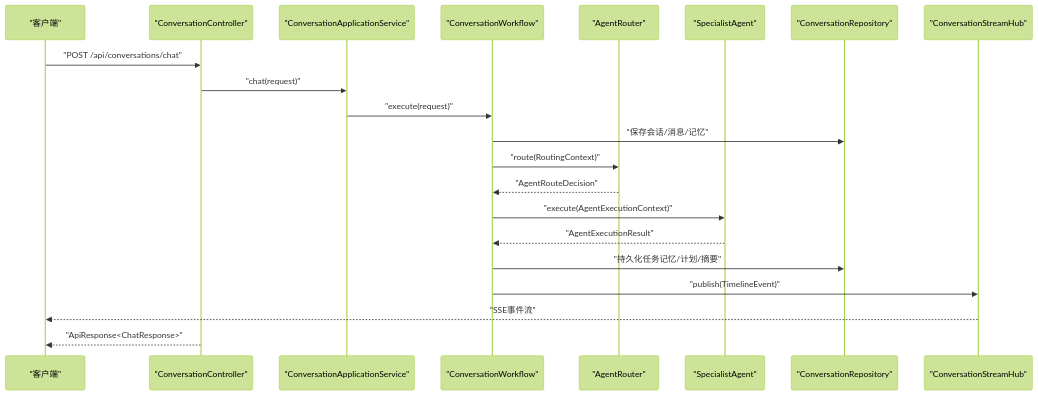
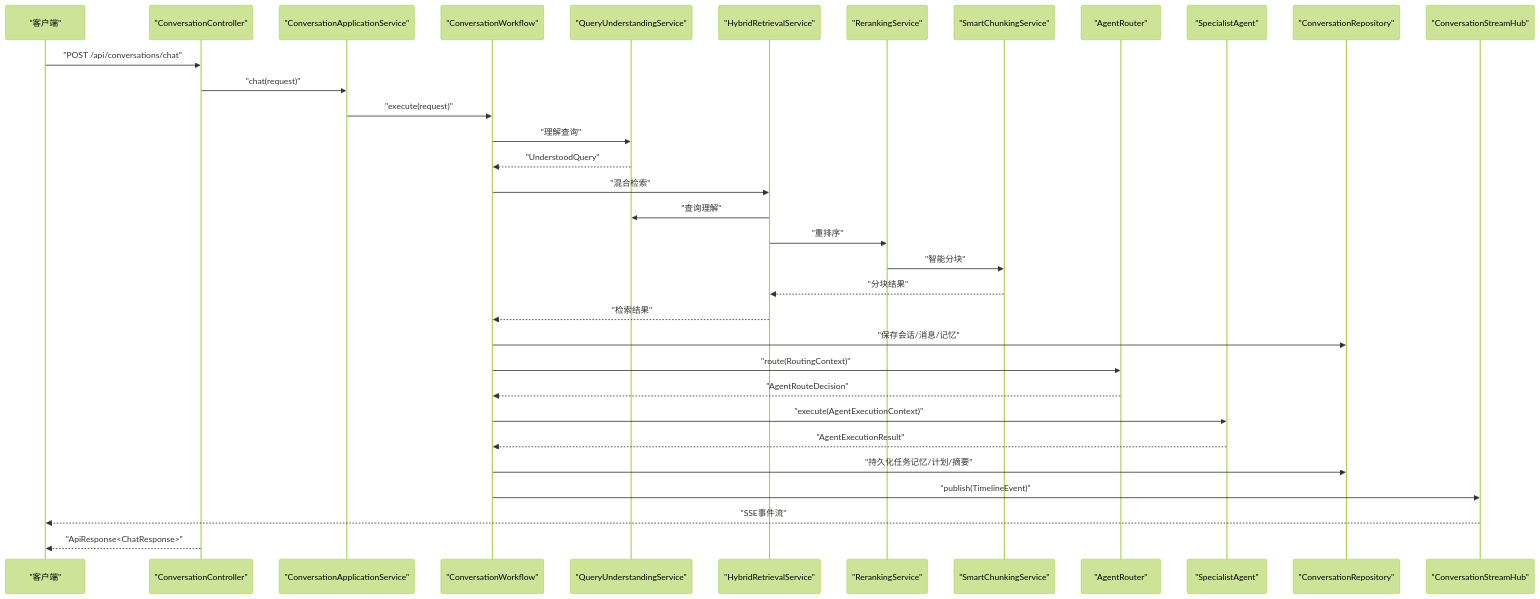
The second of 9 diagrams in .qoder/repowiki/zh/content/后端开发指南.md (Sinlair/TravelAgent), drawn with Mermaid (forest theme) before and after one commit. The commit also changed other lines of this file and 53 other files, not shown here.

````diff
--- a/.qoder/repowiki/zh/content/后端开发指南.md
+++ b/.qoder/repowiki/zh/content/后端开发指南.md
@@ -133,23 +171,35 @@
 ```mermaid
 sequenceDiagram
 participant C as "客户端"
 participant CTRL as "ConversationController"
 participant SVC as "ConversationApplicationService"
 participant WF as "ConversationWorkflow"
+participant QUS as "QueryUnderstandingService"
+participant HRS as "HybridRetrievalService"
+participant RS as "RerankingService"
+participant SC as "SmartChunkingService"
 participant ROUTER as "AgentRouter"
 participant AG as "SpecialistAgent"
 participant REPO as "ConversationRepository"
 participant HUB as "ConversationStreamHub"
 C->>CTRL : "POST /api/conversations/chat"
 CTRL->>SVC : "chat(request)"
 SVC->>WF : "execute(request)"
+WF->>QUS : "理解查询"
+QUS-->>WF : "UnderstoodQuery"
+WF->>HRS : "混合检索"
+HRS->>QUS : "查询理解"
+HRS->>RS : "重排序"
+RS->>SC : "智能分块"
+SC-->>HRS : "分块结果"
+HRS-->>WF : "检索结果"
 WF->>REPO : "保存会话/消息/记忆"
 WF->>ROUTER : "route(RoutingContext)"
 ROUTER-->>WF : "AgentRouteDecision"
 WF->>AG : "execute(AgentExecutionContext)"
 AG-->>WF : "AgentExecutionResult"
 WF->>REPO : "持久化任务记忆/计划/摘要"
 WF->>HUB : "publish(TimelineEvent)"
 HUB-->>C : "SSE事件流"
 CTRL-->>C : "ApiResponse<ChatResponse>"
 ```
````
